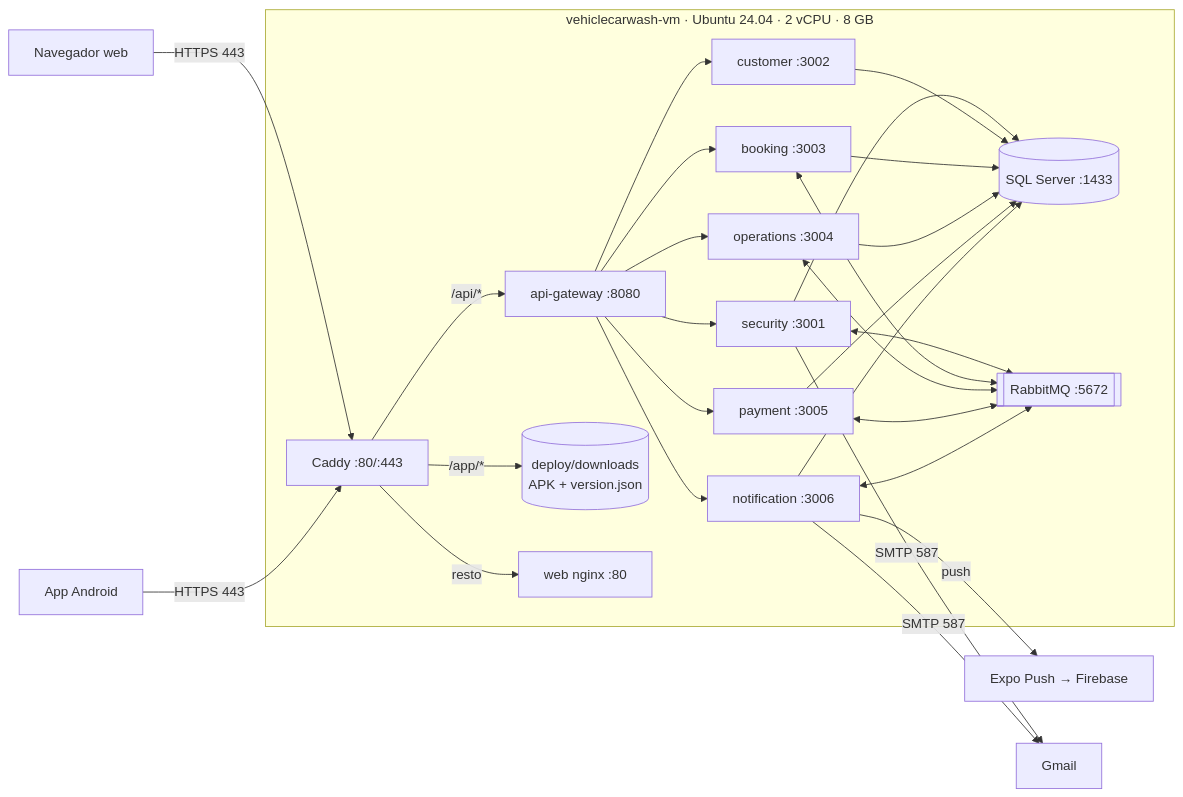
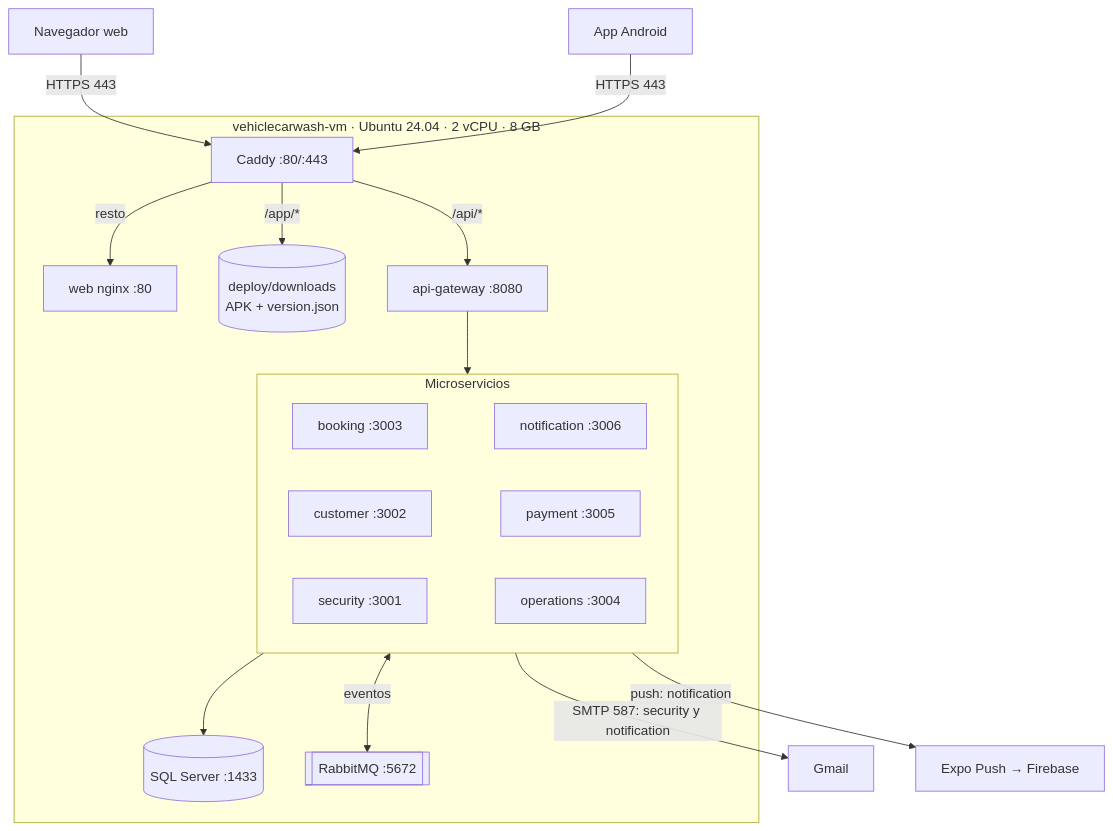
The diagram in 07_PROCEDIMIENTO_DE_IMPLEMENTACION/ES/MD/documento-de-despliegue.md (BrayanCABRERA123/lavarapido-docs), drawn with Mermaid before and after one commit. The commit also changed other lines of this file and 11 other files, not shown here.

````diff
--- a/07_PROCEDIMIENTO_DE_IMPLEMENTACION/ES/MD/documento-de-despliegue.md
+++ b/07_PROCEDIMIENTO_DE_IMPLEMENTACION/ES/MD/documento-de-despliegue.md
@@ -205,21 +206,37 @@
 ```mermaid
-flowchart LR
-    U[Navegador web] -->|HTTPS 443| C
-    M[App Android] -->|HTTPS 443| C
+flowchart TB
+    U[Navegador web]
+    M[App Android]
     subgraph VM["vehiclecarwash-vm · Ubuntu 24.04 · 2 vCPU · 8 GB"]
       C[Caddy :80/:443]
-      C -->|/api/*| G[api-gateway :8080]
-      C -->|/app/*| D[(deploy/downloads<br/>APK + version.json)]
-      C -->|resto| W[web nginx :80]
-      G --> S1[security :3001]
-      G --> S2[customer :3002]
-      G --> S3[booking :3003]
-      G --> S4[operations :3004]
-      G --> S5[payment :3005]
-      G --> S6[notification :3006]
-      S1 & S2 & S3 & S4 & S5 & S6 --> DB[(SQL Server :1433)]
-      S1 & S3 & S4 & S5 & S6 <--> MQ[[RabbitMQ :5672]]
+      W[web nginx :80]
+      D[(deploy/downloads<br/>APK + version.json)]
+      G[api-gateway :8080]
+      subgraph SVC["Microservicios"]
+        direction LR
+        S1[security :3001]
+        S2[customer :3002]
+        S3[booking :3003]
+        S4[operations :3004]
+        S5[payment :3005]
+        S6[notification :3006]
+        S3 ~~~ S6
+        S2 ~~~ S5
+        S1 ~~~ S4
+      end
+      DB[(SQL Server :1433)]
+      MQ[[RabbitMQ :5672]]
     end
-    S6 -->|push| EX[Expo Push → Firebase]
-    S1 & S6 -->|SMTP 587| GM[Gmail]
+    GM[Gmail]
+    EX[Expo Push → Firebase]
+    U -->|HTTPS 443| C
+    M -->|HTTPS 443| C
+    C -->|resto| W
+    C -->|/app/*| D
+    C -->|/api/*| G
+    G --> SVC
+    SVC --> DB
+    SVC <-->|eventos| MQ
+    SVC -->|"SMTP 587: security y notification"| GM
+    SVC -->|"push: notification"| EX
 ```
````
